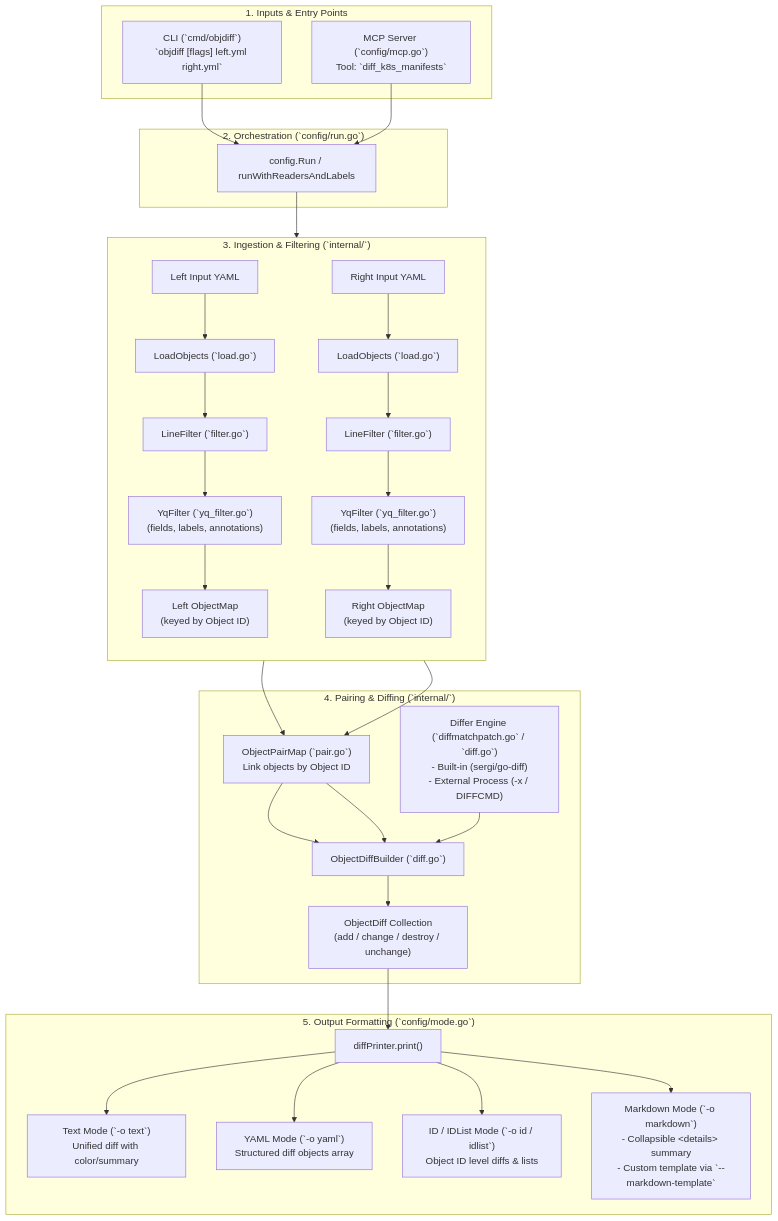
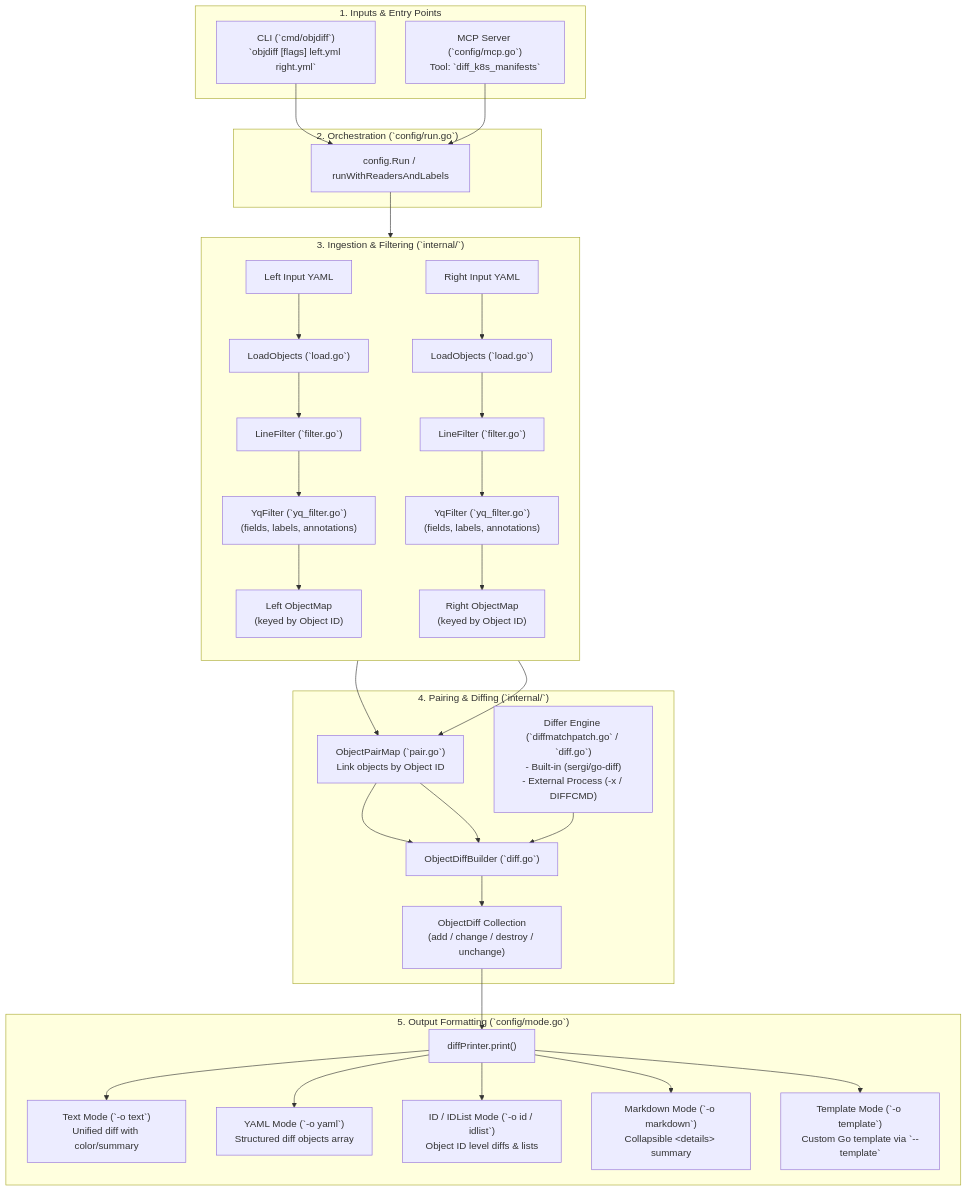
The first of 2 diagrams in AGENTS.md (berquerant/k8s-object-diff-go), drawn with Mermaid before and after one commit. The commit also changed other lines of this file and 29 other files, not shown here.

Commit message:
feat: introduce template output mode and --template flag

````diff
--- a/AGENTS.md
+++ b/AGENTS.md
@@ -61,61 +62,63 @@
 ```mermaid
 flowchart TD
     subgraph Inputs["1. Inputs & Entry Points"]
         CLI["CLI (`cmd/objdiff`)<br/>`objdiff [flags] left.yml right.yml`"]
         MCP["MCP Server (`config/mcp.go`)<br/>Tool: `diff_k8s_manifests`"]
     end
 
     subgraph Config["2. Orchestration (`config/run.go`)"]
         Runner["config.Run / runWithReadersAndLabels"]
     end
 
     subgraph Pipeline["3. Ingestion & Filtering (`internal/`)"]
         direction TB
         LIn["Left Input YAML"] --> LLoad["LoadObjects (`load.go`)"]
         RIn["Right Input YAML"] --> RLoad["LoadObjects (`load.go`)"]
         
         LLoad --> LLine["LineFilter (`filter.go`)"]
         RLoad --> RLine["LineFilter (`filter.go`)"]
         
         LLine --> LYq["YqFilter (`yq_filter.go`)<br/>(fields, labels, annotations)"]
         RLine --> RYq["YqFilter (`yq_filter.go`)<br/>(fields, labels, annotations)"]
         
         LYq --> LMap["Left ObjectMap<br/>(keyed by Object ID)"]
         RYq --> RMap["Right ObjectMap<br/>(keyed by Object ID)"]
     end
 
     subgraph Pairing["4. Pairing & Diffing (`internal/`)"]
         PairMap["ObjectPairMap (`pair.go`)<br/>Link objects by Object ID"]
         LMap --> PairMap
         RMap --> PairMap
         
         DiffBuilder["ObjectDiffBuilder (`diff.go`)"]
         PairMap --> DiffBuilder
         
         DifferEngine["Differ Engine (`diffmatchpatch.go` / `diff.go`)<br/>- Built-in (sergi/go-diff)<br/>- External Process (-x / DIFFCMD)"]
         DifferEngine --> DiffBuilder
         
         DiffResults["ObjectDiff Collection<br/>(add / change / destroy / unchange)"]
         DiffBuilder --> DiffResults
     end
 
     subgraph Rendering["5. Output Formatting (`config/mode.go`)"]
         Printer["diffPrinter.print()"]
         DiffResults --> Printer
         
         OutText["Text Mode (`-o text`)<br/>Unified diff with color/summary"]
         OutYAML["YAML Mode (`-o yaml`)<br/>Structured diff objects array"]
         OutID["ID / IDList Mode (`-o id / idlist`)<br/>Object ID level diffs & lists"]
-        OutMD["Markdown Mode (`-o markdown`)<br/>- Collapsible &lt;details&gt; summary<br/>- Custom template via `--markdown-template`"]
+        OutMD["Markdown Mode (`-o markdown`)<br/>Collapsible &lt;details&gt; summary"]
+        OutTemplate["Template Mode (`-o template`)<br/>Custom Go template via `--template`"]
         
         Printer --> OutText
         Printer --> OutYAML
         Printer --> OutID
         Printer --> OutMD
+        Printer --> OutTemplate
     end
 
     CLI --> Runner
     MCP --> Runner
     Runner --> Pipeline
     PairMap --> DiffBuilder
 ```
````
